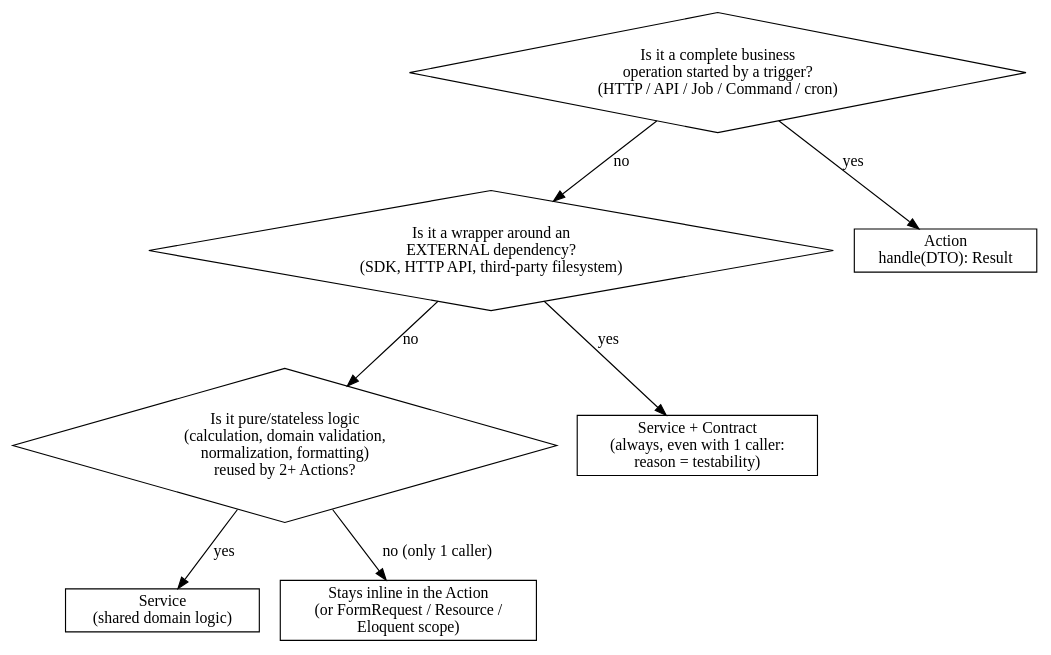
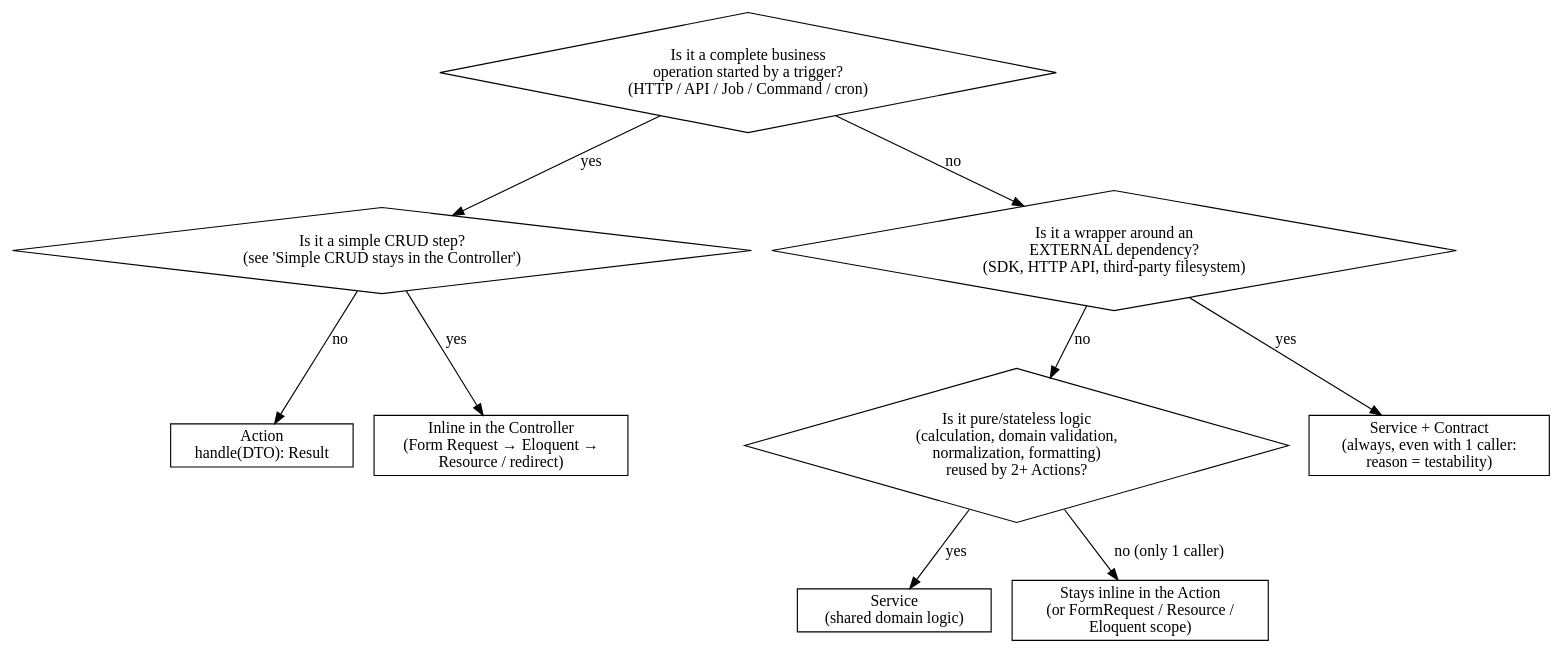
One commit to alemian95/ai-skills changed the diagram in plugins/laravel/skills/laravel-architecture/references/action-vs-service.md. Above: the diagram before and after it, drawn with Graphviz. The commit also changed other lines of this file and 3 other files, not shown here.

First line of the commit message:
laravel 2.2.0: simple CRUD stays in the controller

````diff
--- a/plugins/laravel/skills/laravel-architecture/references/action-vs-service.md
+++ b/plugins/laravel/skills/laravel-architecture/references/action-vs-service.md
@@ -74,19 +74,23 @@
 ```dot
 digraph decide {
     rankdir=TB;
     Q1 [shape=diamond, label="Is it a complete business\noperation started by a trigger?\n(HTTP / API / Job / Command / cron)"];
+    Q1b [shape=diamond, label="Is it a simple CRUD step?\n(see 'Simple CRUD stays in the Controller')"];
     Q2 [shape=diamond, label="Is it a wrapper around an\nEXTERNAL dependency?\n(SDK, HTTP API, third-party filesystem)"];
     Q3 [shape=diamond, label="Is it pure/stateless logic\n(calculation, domain validation,\nnormalization, formatting)\nreused by 2+ Actions?"];
     A [shape=box, label="Action\nhandle(DTO): Result"];
+    C [shape=box, label="Inline in the Controller\n(Form Request → Eloquent →\nResource / redirect)"];
     S1 [shape=box, label="Service + Contract\n(always, even with 1 caller:\nreason = testability)"];
     S2 [shape=box, label="Service\n(shared domain logic)"];
     INLINE [shape=box, label="Stays inline in the Action\n(or FormRequest / Resource /\nEloquent scope)"];
 
-    Q1 -> A [label="yes"];
+    Q1 -> Q1b [label="yes"];
+    Q1b -> C [label="yes"];
+    Q1b -> A [label="no"];
     Q1 -> Q2 [label="no"];
     Q2 -> S1 [label="yes"];
     Q2 -> Q3 [label="no"];
     Q3 -> S2 [label="yes"];
     Q3 -> INLINE [label="no (only 1 caller)"];
 }
 ```
````
